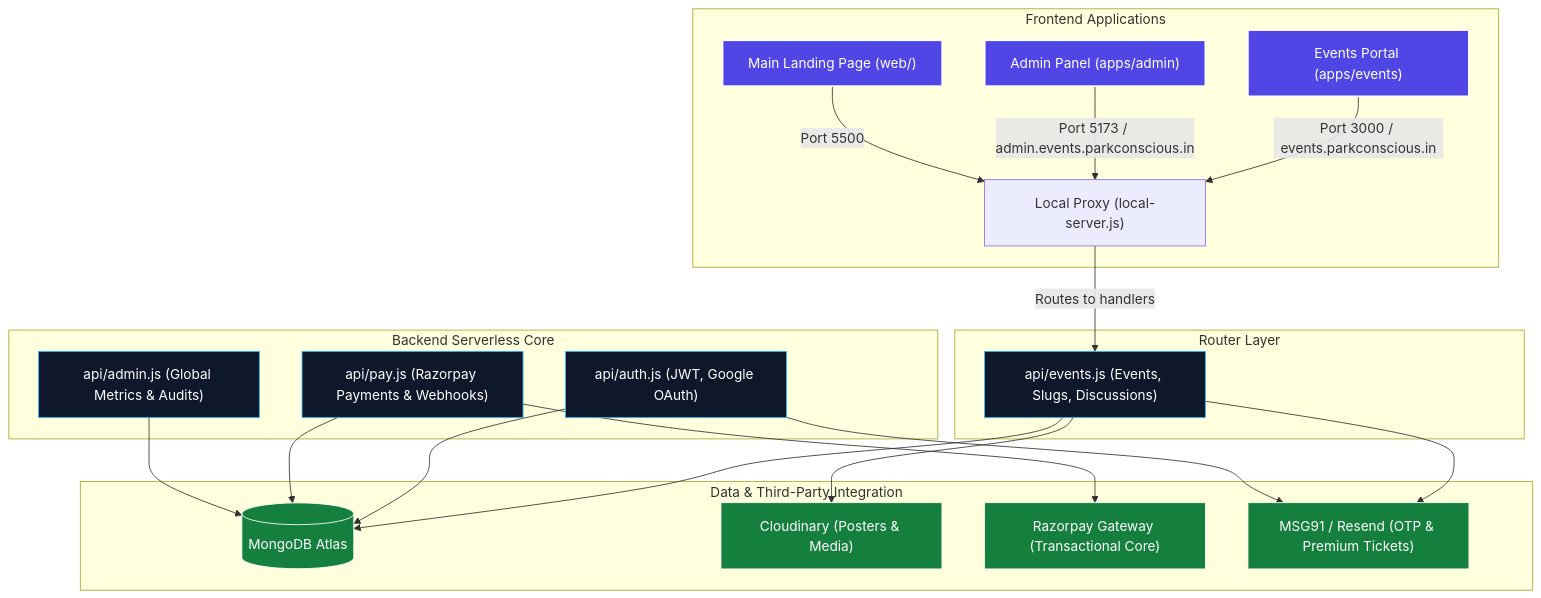
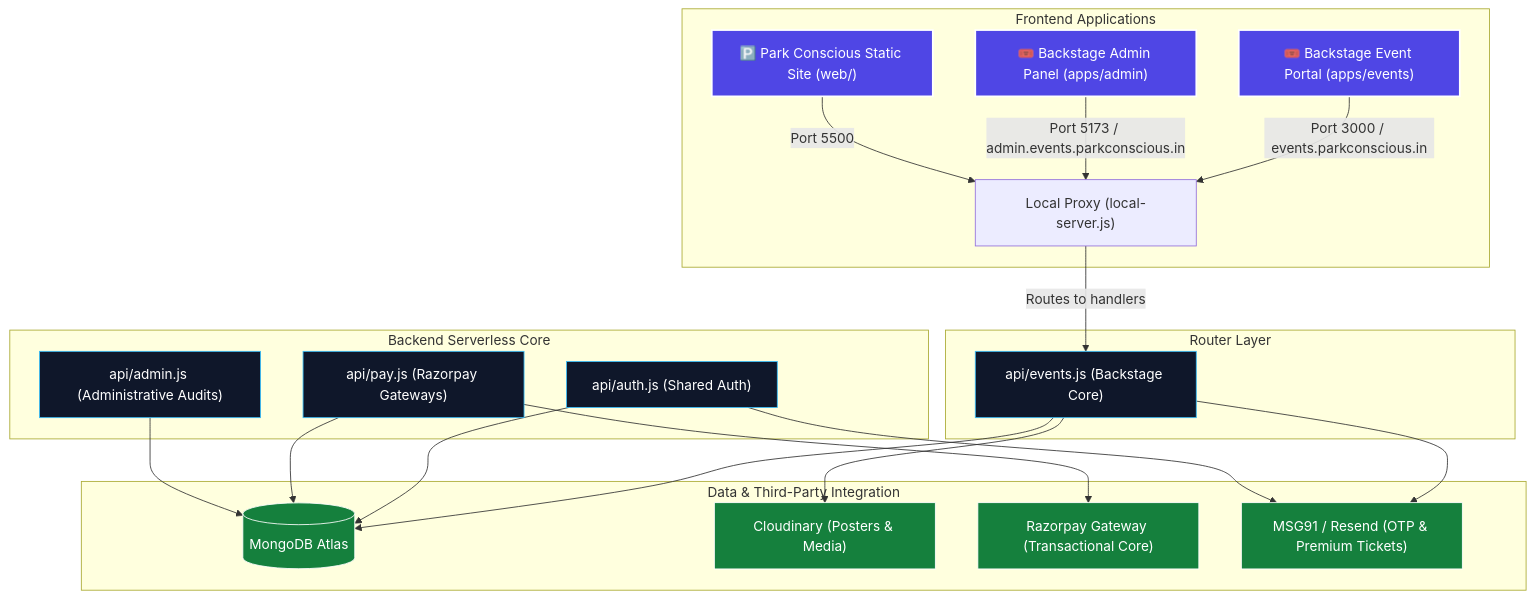
The diagram in README.md (aryash45/Park-Conscious), drawn with Mermaid before and after one commit. The commit also changed other lines of this file, not shown here.

Commit message:
docs: clarify project domains separating Backstage Event Suite from Park Conscious Parking Project

````diff
--- a/README.md
+++ b/README.md
@@ -15,34 +30,34 @@
 ```mermaid
 graph TD
     subgraph Client Layer [Frontend Applications]
-        A["Events Portal (apps/events)"] -- "Port 3000 / events.parkconscious.in" --> E
-        B["Admin Panel (apps/admin)"] -- "Port 5173 / admin.events.parkconscious.in" --> E
-        C["Main Landing Page (web/)"] -- "Port 5500" --> E
+        A["🎟️ Backstage Event Portal (apps/events)"] -- "Port 3000 / events.parkconscious.in" --> E
+        B["🎟️ Backstage Admin Panel (apps/admin)"] -- "Port 5173 / admin.events.parkconscious.in" --> E
+        C["🅿️ Park Conscious Static Site (web/)"] -- "Port 5500" --> E
     end
 
     subgraph Router Layer
         E["Local Proxy (local-server.js)"] -- "Routes to handlers" --> F
     end
 
     subgraph API Layer [Backend Serverless Core]
-        F["api/events.js (Events, Slugs, Discussions)"]
-        G["api/auth.js (JWT, Google OAuth)"]
-        H["api/pay.js (Razorpay Payments & Webhooks)"]
-        I["api/admin.js (Global Metrics & Audits)"]
+        F["api/events.js (Backstage Core)"]
+        G["api/auth.js (Shared Auth)"]
+        H["api/pay.js (Razorpay Gateways)"]
+        I["api/admin.js (Administrative Audits)"]
     end
 
     subgraph Service & Storage Layer [Data & Third-Party Integration]
         F & G & H & I --> J[("MongoDB Atlas")]
         F --> K["Cloudinary (Posters & Media)"]
         H --> L["Razorpay Gateway (Transactional Core)"]
         F & G --> M["MSG91 / Resend (OTP & Premium Tickets)"]
     end
 
     classDef apps fill:#4f46e5,stroke:#fff,stroke-width:2px,color:#fff;
     classDef api fill:#0f172a,stroke:#38bdf8,stroke-width:1px,color:#fff;
     classDef ext fill:#15803d,stroke:#fff,stroke-width:1px,color:#fff;
     
     class A,B,C apps;
     class F,G,H,I api;
     class J,K,L,M ext;
 ```
````
